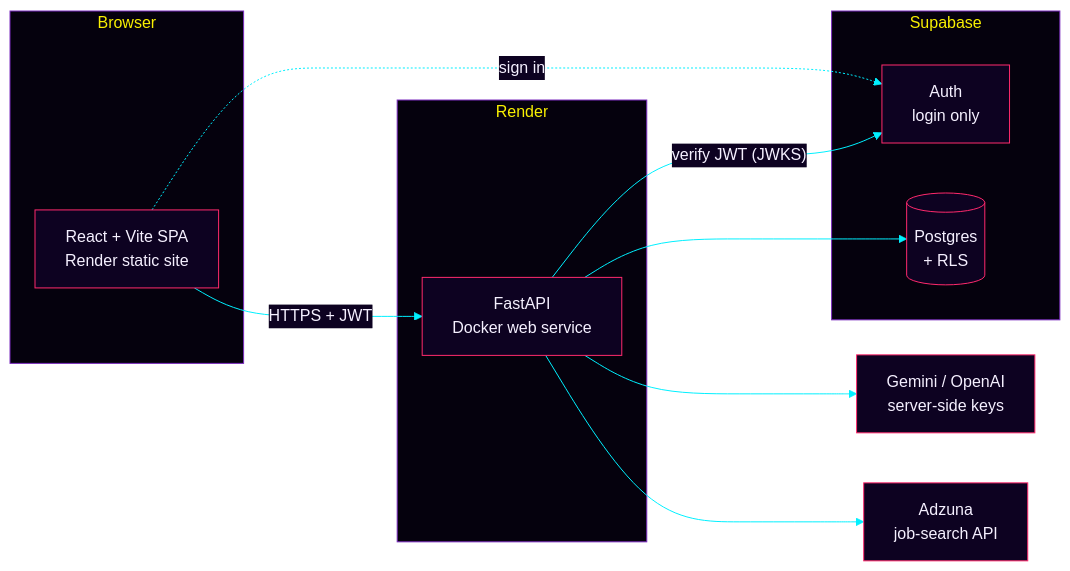
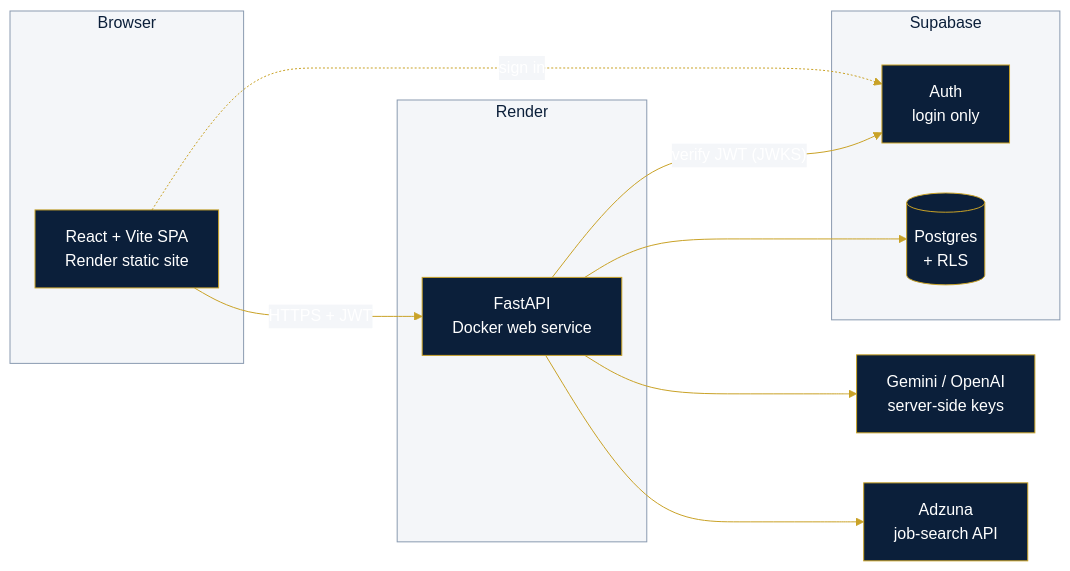
Before and after one commit to harshgupta257/InterviewIq: the second of 2 diagrams in README.md, drawn with Mermaid. The commit also changed other lines of this file and 3 other files, not shown here.

````diff
--- a/README.md
+++ b/README.md
@@ -232,22 +237,22 @@
 ```mermaid
-%%{init: {'theme':'base','themeVariables':{'background':'#05010d','primaryColor':'#0d0221','primaryTextColor':'#f5f0ff','primaryBorderColor':'#ff2a6d','lineColor':'#00f0ff','secondaryColor':'#0d0221','tertiaryColor':'#0d0221','edgeLabelBackground':'#0d0221','clusterBkg':'#05010d','clusterBorder':'#7b2cbf','titleColor':'#f9f002','fontFamily':'monospace'}}}%%
+%%{init: {'theme':'base','themeVariables':{'primaryColor':'#0b1f3a','primaryTextColor':'#ffffff','primaryBorderColor':'#c9a227','lineColor':'#c9a227','secondaryColor':'#2a4a75','tertiaryColor':'#f4f6f9','textColor':'#0b1f3a','edgeLabelBackground':'#f4f6f9','clusterBkg':'#f4f6f9','clusterBorder':'#8a9ab0','titleColor':'#0b1f3a','fontFamily':'Helvetica, Arial, sans-serif'}}}%%
 flowchart LR
     subgraph Browser
         W["React + Vite SPA<br>Render static site"]
     end
     subgraph Render
         A["FastAPI<br>Docker web service"]
     end
     subgraph Supabase
         AU["Auth<br>login only"]
         DB[("Postgres<br>+ RLS")]
     end
     AI["Gemini / OpenAI<br>server-side keys"]
     JOBS["Adzuna<br>job-search API"]
     W -- "HTTPS + JWT" --> A
     W -. "sign in" .-> AU
     A -- "verify JWT (JWKS)" --> AU
     A --> DB
     A --> AI
     A --> JOBS
 ```
````
